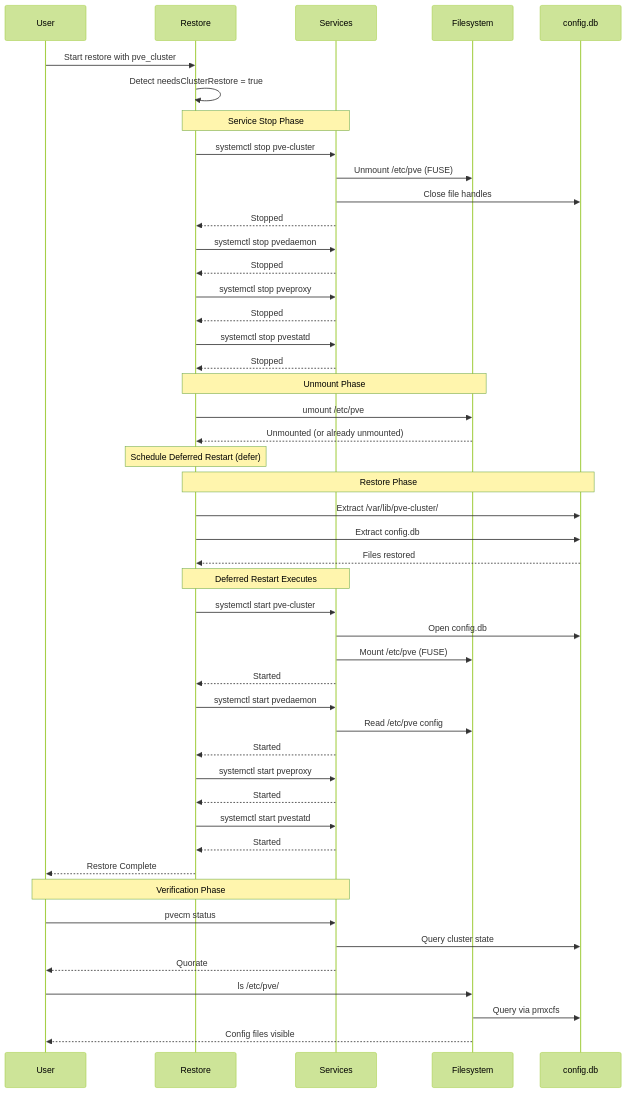
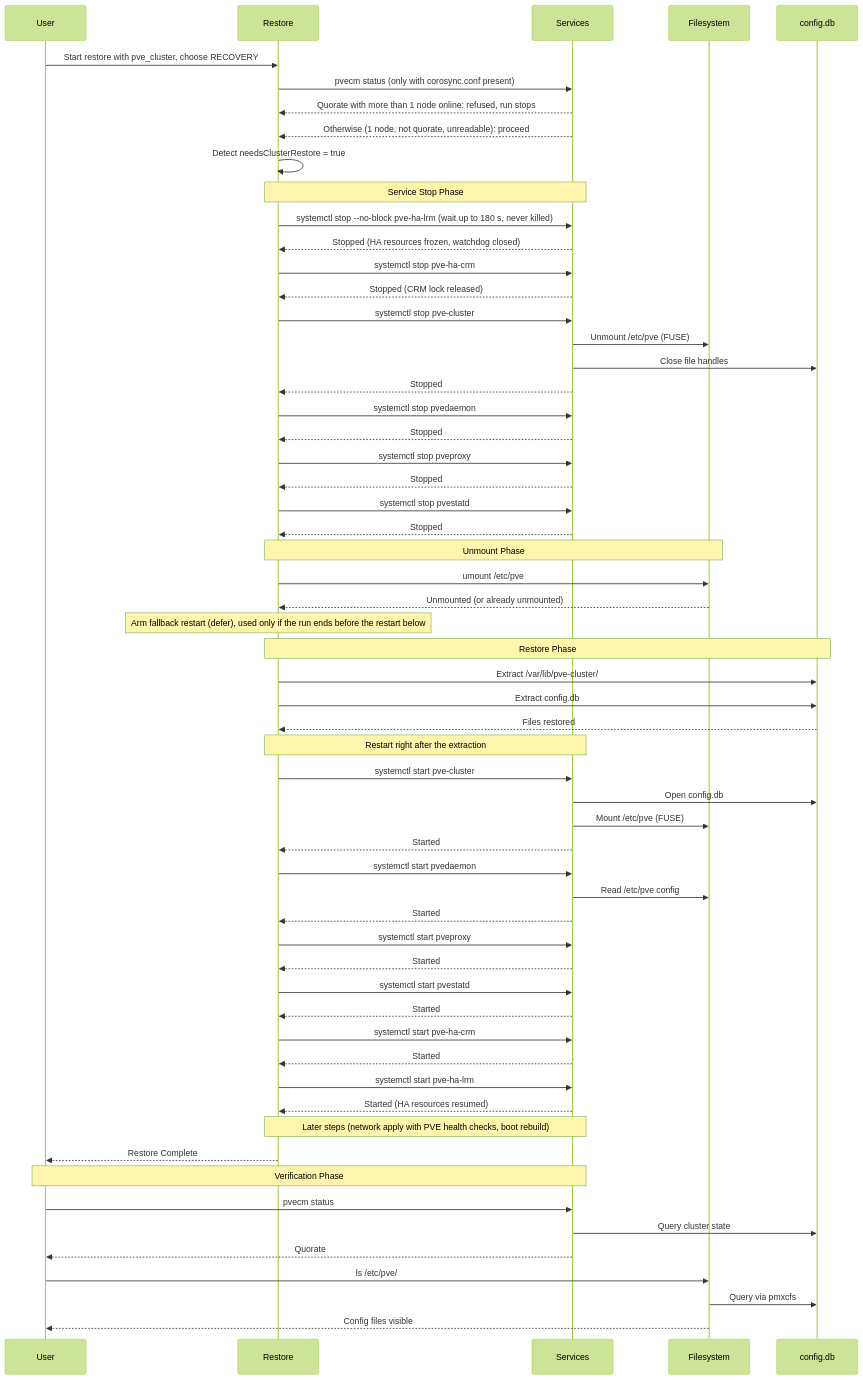
The third of 13 diagrams in docs/RESTORE_DIAGRAMS.md (tis24dev/proxsave), drawn with Mermaid (forest theme) before and after one commit. The commit also changed other lines of this file and 175 other files, not shown here.

````diff
--- a/docs/RESTORE_DIAGRAMS.md
+++ b/docs/RESTORE_DIAGRAMS.md
@@ -161,61 +166,75 @@
 ```mermaid
 sequenceDiagram
     participant User
     participant Restore
     participant Services
     participant FS as Filesystem
     participant DB as config.db
 
-    User->>Restore: Start restore with pve_cluster
+    User->>Restore: Start restore with pve_cluster, choose RECOVERY
+    Restore->>Services: pvecm status (only with corosync.conf present)
+    Services-->>Restore: Quorate with more than 1 node online: refused, run stops
+    Services-->>Restore: Otherwise (1 node, not quorate, unreadable): proceed
     Restore->>Restore: Detect needsClusterRestore = true
 
     Note over Restore,Services: Service Stop Phase
+    Restore->>Services: systemctl stop --no-block pve-ha-lrm (wait up to 180 s, never killed)
+    Services-->>Restore: Stopped (HA resources frozen, watchdog closed)
+    Restore->>Services: systemctl stop pve-ha-crm
+    Services-->>Restore: Stopped (CRM lock released)
     Restore->>Services: systemctl stop pve-cluster
     Services->>FS: Unmount /etc/pve (FUSE)
     Services->>DB: Close file handles
     Services-->>Restore: Stopped
 
     Restore->>Services: systemctl stop pvedaemon
     Services-->>Restore: Stopped
     Restore->>Services: systemctl stop pveproxy
     Services-->>Restore: Stopped
     Restore->>Services: systemctl stop pvestatd
     Services-->>Restore: Stopped
 
     Note over Restore,FS: Unmount Phase
     Restore->>FS: umount /etc/pve
     FS-->>Restore: Unmounted (or already unmounted)
 
-    Note over Restore: Schedule Deferred Restart (defer)
+    Note over Restore: Arm fallback restart (defer), used only if the run ends before the restart below
 
     Note over Restore,DB: Restore Phase
     Restore->>DB: Extract /var/lib/pve-cluster/
     Restore->>DB: Extract config.db
     DB-->>Restore: Files restored
 
-    Note over Restore,Services: Deferred Restart Executes
+    Note over Restore,Services: Restart right after the extraction
     Restore->>Services: systemctl start pve-cluster
     Services->>DB: Open config.db
     Services->>FS: Mount /etc/pve (FUSE)
     Services-->>Restore: Started
 
     Restore->>Services: systemctl start pvedaemon
     Services->>FS: Read /etc/pve config
     Services-->>Restore: Started
 
     Restore->>Services: systemctl start pveproxy
     Services-->>Restore: Started
 
     Restore->>Services: systemctl start pvestatd
     Services-->>Restore: Started
 
+    Restore->>Services: systemctl start pve-ha-crm
+    Services-->>Restore: Started
+    Restore->>Services: systemctl start pve-ha-lrm
+    Services-->>Restore: Started (HA resources resumed)
+
+    Note over Restore,Services: Later steps (network apply with PVE health checks, boot rebuild)
+
     Restore-->>User: Restore Complete
 
     Note over User,Services: Verification Phase
     User->>Services: pvecm status
     Services->>DB: Query cluster state
     Services-->>User: Quorate
     User->>FS: ls /etc/pve/
     FS->>DB: Query via pmxcfs
     FS-->>User: Config files visible
 ```
````
